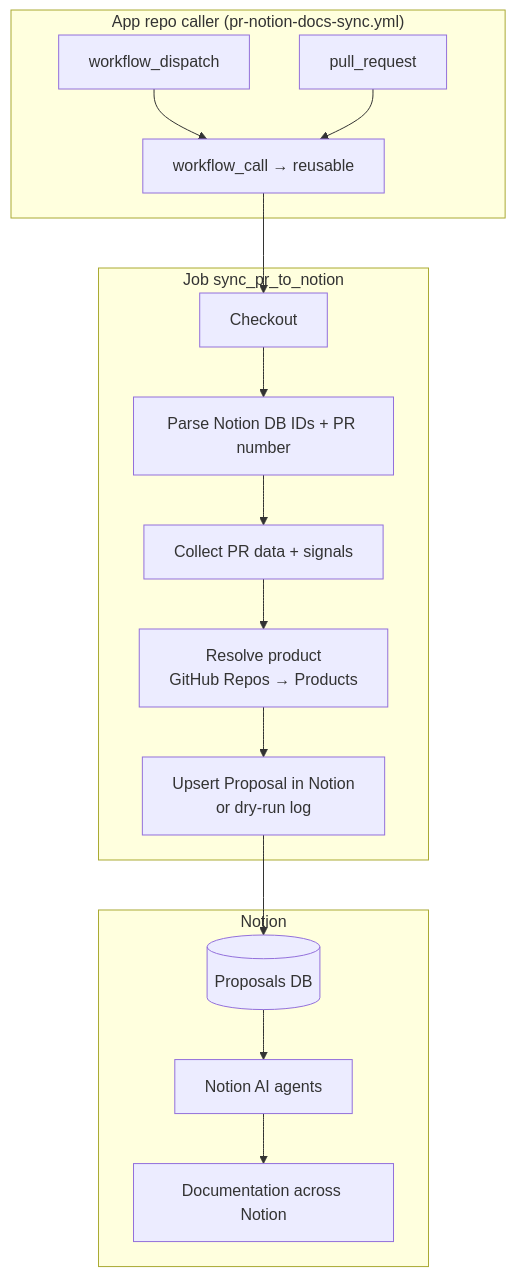
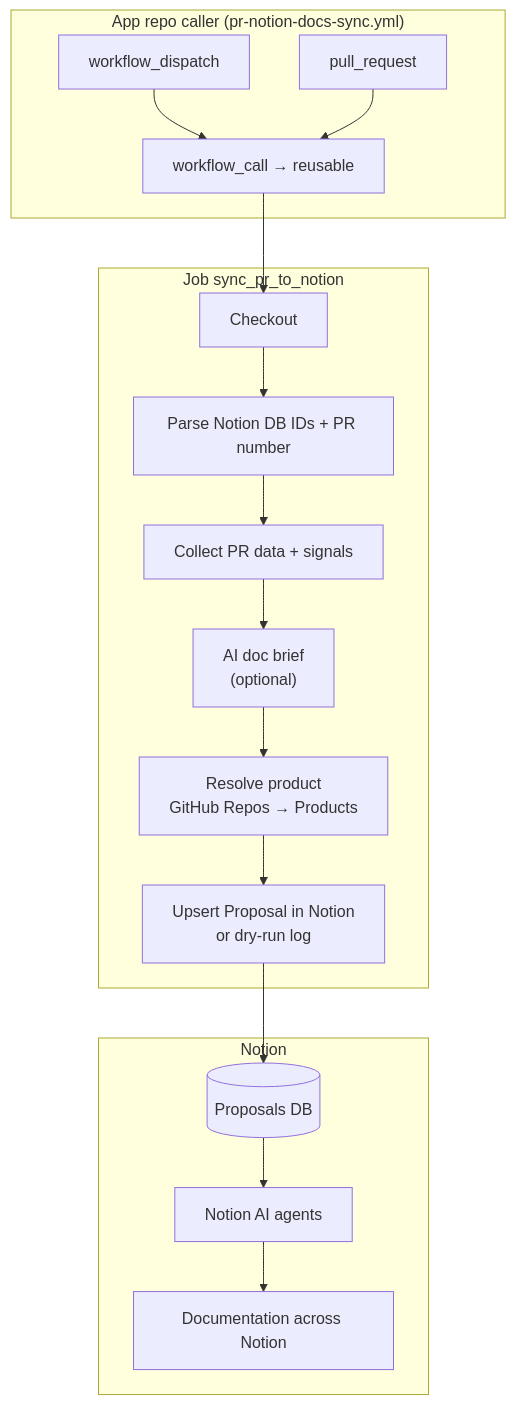
The diagram in .github/pr-notion-docs-sync.md (VeamStudios/.github), drawn with Mermaid before and after one commit. The commit also changed other lines of this file and 2 other files, not shown here.

First line of the commit message:
docs: align Notion PR sync docs with AI brief workflow

````diff
--- a/.github/pr-notion-docs-sync.md
+++ b/.github/pr-notion-docs-sync.md
@@ -79,30 +79,31 @@
 ```mermaid
 flowchart TB
   subgraph triggers["App repo caller (pr-notion-docs-sync.yml)"]
     Manual["workflow_dispatch"]
     PR["pull_request"]
     WC["workflow_call → reusable"]
   end
 
   subgraph job["Job sync_pr_to_notion"]
     S1["Checkout"]
     S2["Parse Notion DB IDs + PR number"]
     S3["Collect PR data + signals"]
+    S3b["AI doc brief\n(optional)"]
     S4["Resolve product\nGitHub Repos → Products"]
     S5["Upsert Proposal in Notion\nor dry-run log"]
   end
 
   subgraph notion["Notion"]
     PDB[(Proposals DB)]
     Agent["Notion AI agents"]
     Docs["Documentation across Notion"]
   end
 
   Manual --> WC
   PR --> WC
   WC --> S1
-  S1 --> S2 --> S3 --> S4 --> S5
+  S1 --> S2 --> S3 --> S3b --> S4 --> S5
   S5 --> PDB
   PDB --> Agent
   Agent --> Docs
 ```
````
